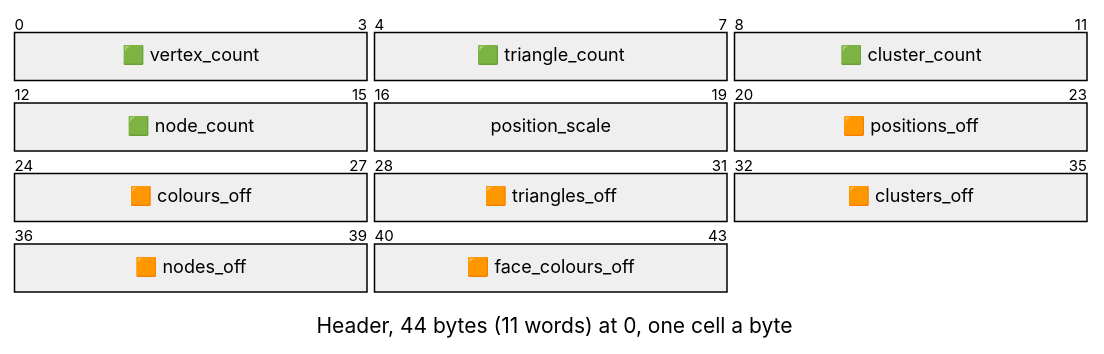
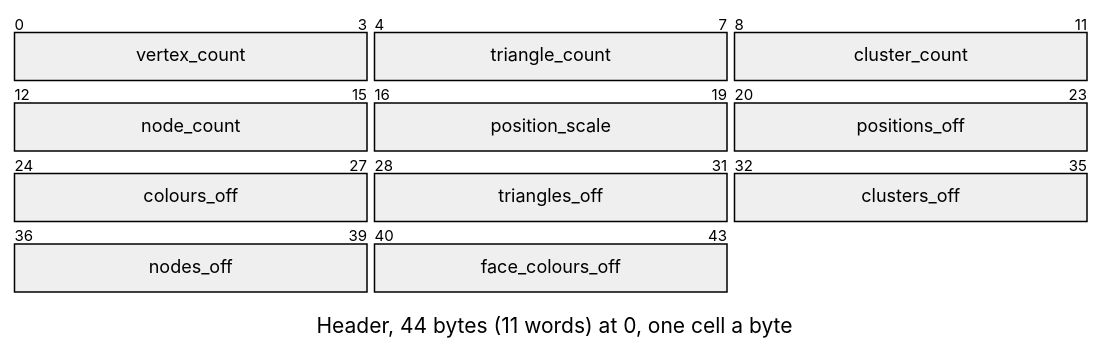
The first of 7 diagrams in docs/assets/formats/LMSH.md (jose-villegas/autana), drawn with Mermaid before and after one commit. The commit also changed other lines of this file and 13 other files, not shown here.

Commit message:
formats: fill each packet box by its field's role through themeCSS the role gate writes, replacing the label squares (autana-edcif)

````diff
--- a/docs/assets/formats/LMSH.md
+++ b/docs/assets/formats/LMSH.md
@@ -10,21 +10,22 @@
 ```mermaid
 ---
 config:
+  themeCSS: "g:nth-of-type(2) rect:nth-of-type(1) { fill: #93d6b0 !important; } g:nth-of-type(2) rect:nth-of-type(2) { fill: #93d6b0 !important; } g:nth-of-type(2) rect:nth-of-type(3) { fill: #93d6b0 !important; } g:nth-of-type(3) rect:nth-of-type(1) { fill: #93d6b0 !important; } g:nth-of-type(3) rect:nth-of-type(2) { fill: #e3e3e3 !important; } g:nth-of-type(3) rect:nth-of-type(3) { fill: #f4a885 !important; } g:nth-of-type(4) rect:nth-of-type(1) { fill: #f4a885 !important; } g:nth-of-type(4) rect:nth-of-type(2) { fill: #f4a885 !important; } g:nth-of-type(4) rect:nth-of-type(3) { fill: #f4a885 !important; } g:nth-of-type(5) rect:nth-of-type(1) { fill: #f4a885 !important; } g:nth-of-type(5) rect:nth-of-type(2) { fill: #f4a885 !important; } .packetLabel { fill: #1b1b1b !important; }"
   packet:
     bitsPerRow: 12
     bitWidth: 60
 ---
 packet-beta
 title Header, 44 bytes (11 words) at 0, one cell a byte
-0-3: "🟩 vertex_count"
-4-7: "🟩 triangle_count"
-8-11: "🟩 cluster_count"
-12-15: "🟩 node_count"
+0-3: "vertex_count"
+4-7: "triangle_count"
+8-11: "cluster_count"
+12-15: "node_count"
 16-19: "position_scale"
-20-23: "🟧 positions_off"
-24-27: "🟧 colours_off"
-28-31: "🟧 triangles_off"
-32-35: "🟧 clusters_off"
-36-39: "🟧 nodes_off"
-40-43: "🟧 face_colours_off"
+20-23: "positions_off"
+24-27: "colours_off"
+28-31: "triangles_off"
+32-35: "clusters_off"
+36-39: "nodes_off"
+40-43: "face_colours_off"
 ```
````
